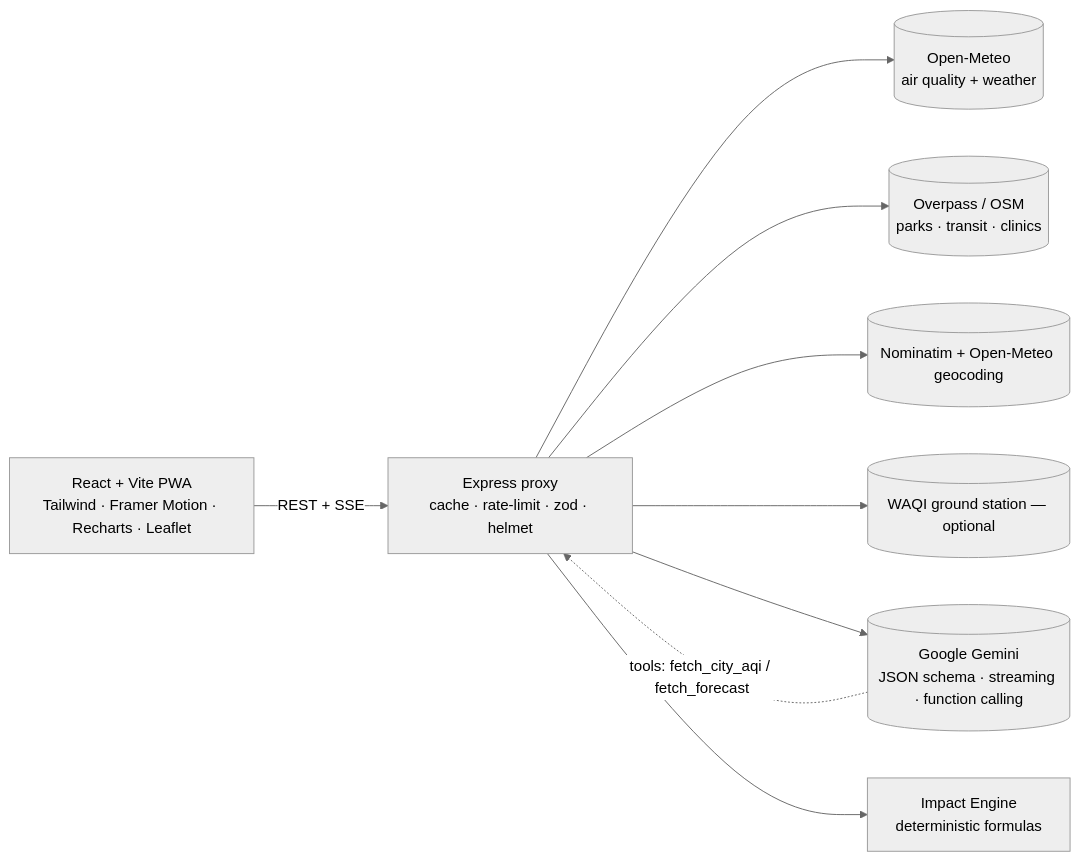
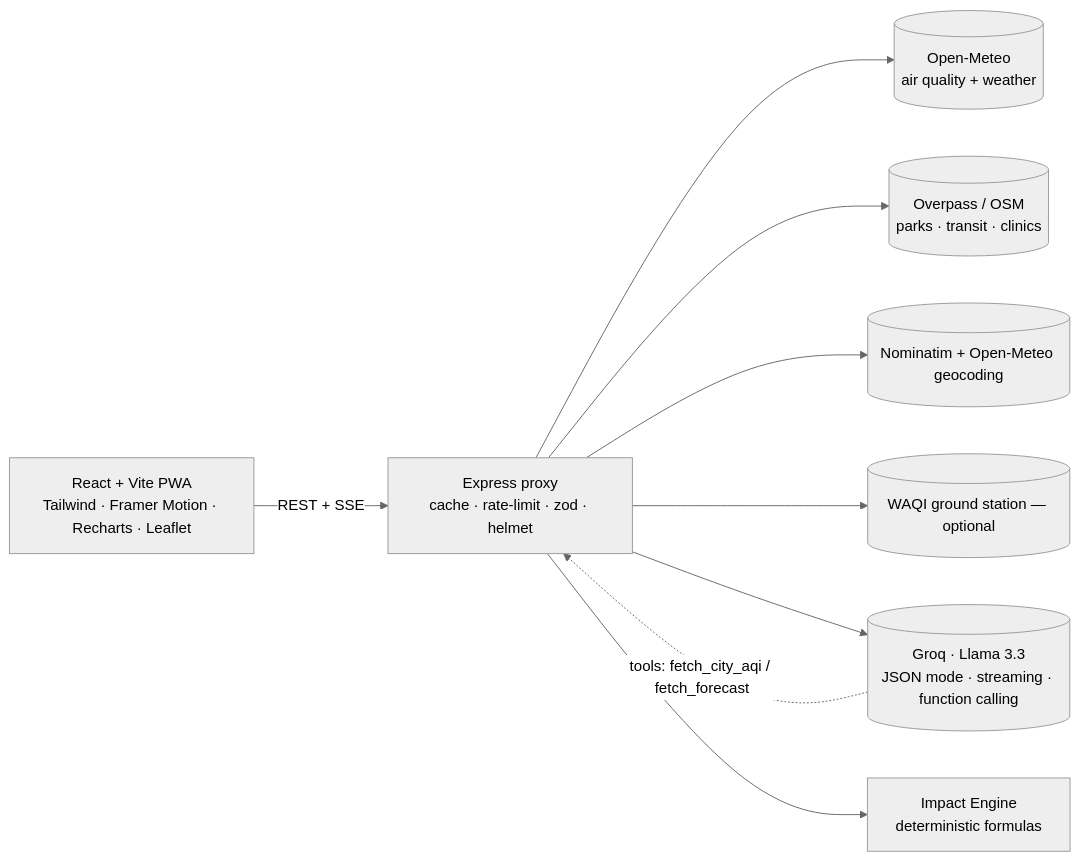
The diagram in README.md (Divyaraj0001-design/airally), drawn with Mermaid (neutral theme) before and after one commit. The commit also changed other lines of this file and 32 other files, not shown here.

First line of the commit message:
Switch AI from Gemini to Groq and redesign frontend as light dashboard

````diff
--- a/README.md
+++ b/README.md
@@ -9,11 +9,11 @@
 ```mermaid
 flowchart LR
   U[React + Vite PWA<br/>Tailwind · Framer Motion · Recharts · Leaflet] -->|REST + SSE| API[Express proxy<br/>cache · rate-limit · zod · helmet]
   API --> OM[(Open-Meteo<br/>air quality + weather)]
   API --> OV[(Overpass / OSM<br/>parks · transit · clinics)]
   API --> NM[(Nominatim + Open-Meteo geocoding)]
   API --> WQ[(WAQI ground station — optional)]
-  API --> G[(Google Gemini<br/>JSON schema · streaming · function calling)]
+  API --> G[(Groq · Llama 3.3<br/>JSON mode · streaming · function calling)]
   API --> IE[Impact Engine<br/>deterministic formulas]
   G -. tools: fetch_city_aqi / fetch_forecast .-> API
 ```
````
